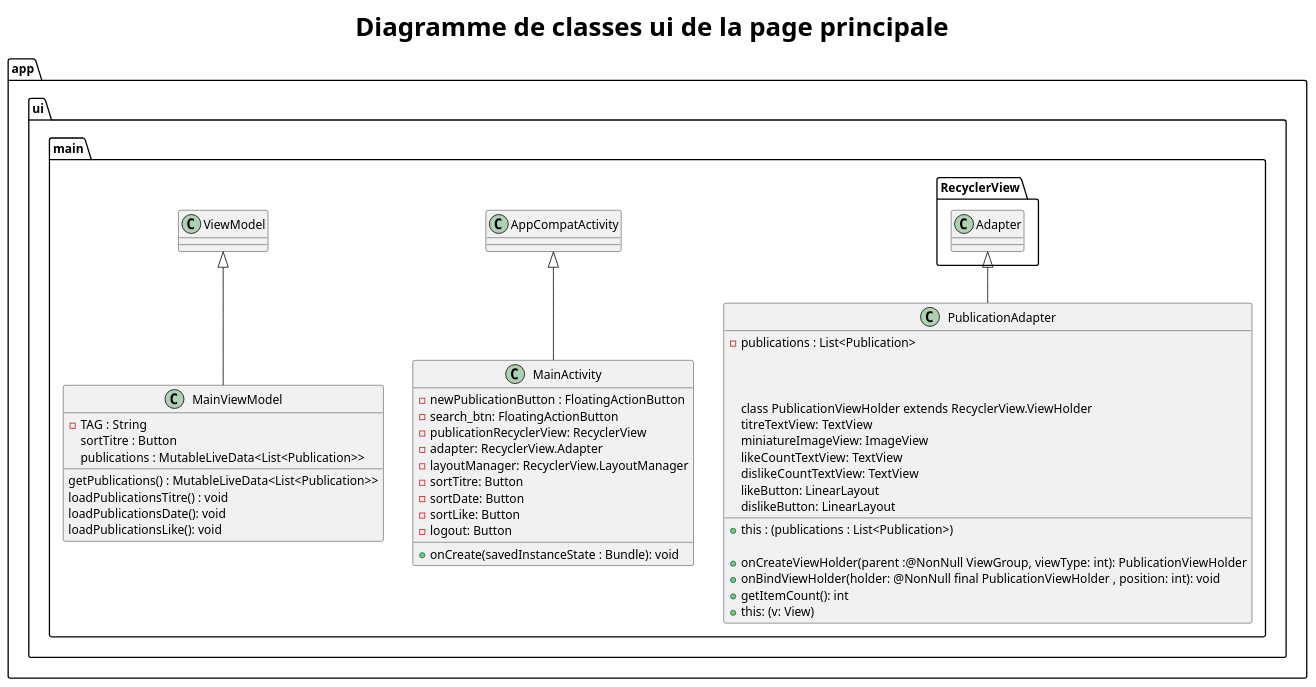
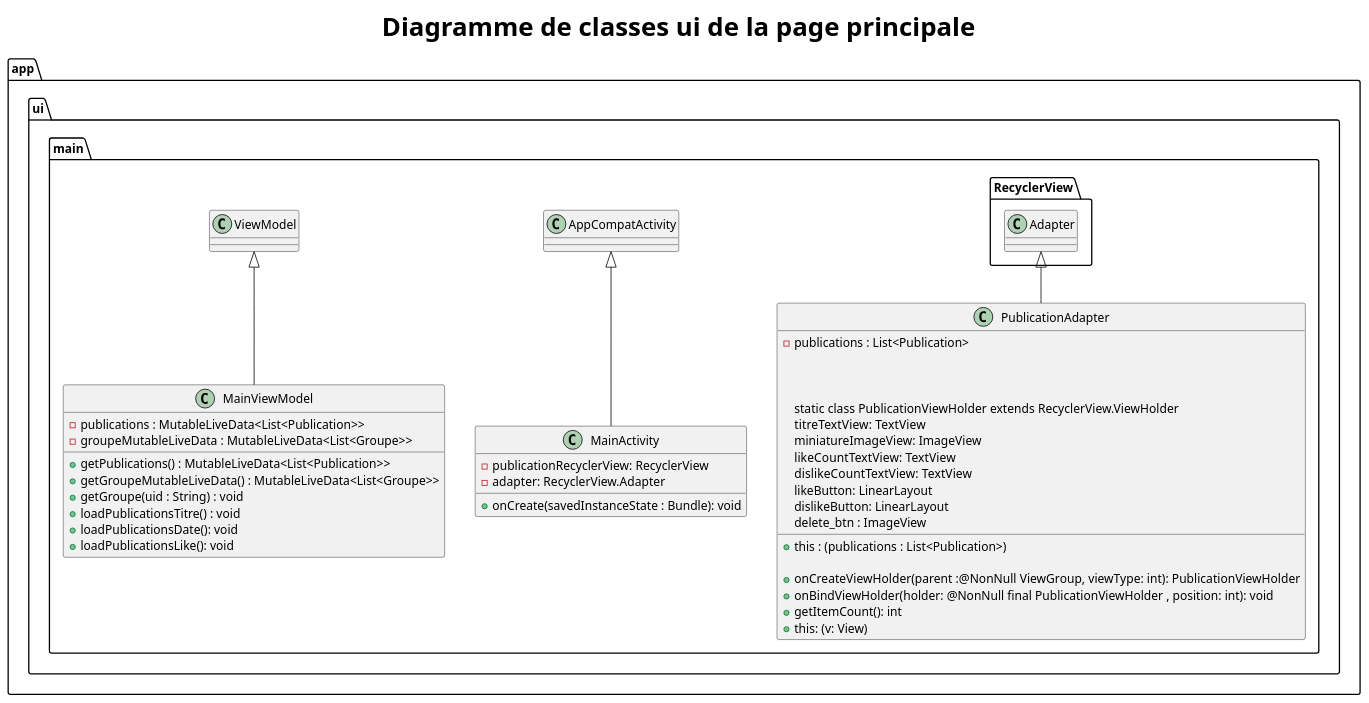
The diagram in app/docs/asciidoc/models/modelui6.puml (SefkanTas/Sonofy), drawn with PlantUML before and after one commit. The commit also changed 9 other files, not shown here.

```diff
--- a/app/docs/asciidoc/models/modelui6.puml
+++ b/app/docs/asciidoc/models/modelui6.puml
@@ -1,57 +1,52 @@
 @startuml modelui6
 title <size:30><b>Diagramme de classes ui de la page principale</b></size>
 
 package app{
 
   package ui{
 
   package main{
 
           class MainActivity extends AppCompatActivity{
-              - newPublicationButton : FloatingActionButton
-              - search_btn: FloatingActionButton
               - publicationRecyclerView: RecyclerView
               - adapter: RecyclerView.Adapter
-              - layoutManager: RecyclerView.LayoutManager
-              - sortTitre: Button
-              - sortDate: Button
-              - sortLike: Button
-              - logout: Button
 
               + onCreate(savedInstanceState : Bundle): void
           }
 
           class MainViewModel extends ViewModel{
-              - TAG : String
-               sortTitre : Button
-               publications : MutableLiveData<List<Publication>>
+               - publications : MutableLiveData<List<Publication>>
+               - groupeMutableLiveData : MutableLiveData<List<Groupe>>
 
-               getPublications() : MutableLiveData<List<Publication>>
-               loadPublicationsTitre() : void
-               loadPublicationsDate(): void
-               loadPublicationsLike(): void
+               + getPublications() : MutableLiveData<List<Publication>>
+               + getGroupeMutableLiveData() : MutableLiveData<List<Groupe>>
+               + getGroupe(uid : String) : void
+               + loadPublicationsTitre() : void
+               + loadPublicationsDate(): void
+               + loadPublicationsLike(): void
           }
 
           class PublicationAdapter extends RecyclerView.Adapter{
               - publications : List<Publication>
 
               + this : (publications : List<Publication>)
 
               + onCreateViewHolder(parent :@NonNull ViewGroup, viewType: int): PublicationViewHolder
               + onBindViewHolder(holder: @NonNull final PublicationViewHolder , position: int): void
               + getItemCount(): int
 
-              class PublicationViewHolder extends RecyclerView.ViewHolder
+              static class PublicationViewHolder extends RecyclerView.ViewHolder
                      titreTextView: TextView
                      miniatureImageView: ImageView
                      likeCountTextView: TextView
                      dislikeCountTextView: TextView
                      likeButton: LinearLayout
                      dislikeButton: LinearLayout
+                     delete_btn : ImageView
 
                      + this: (v: View)
             }
         }
   }
 }
 @enduml
```
